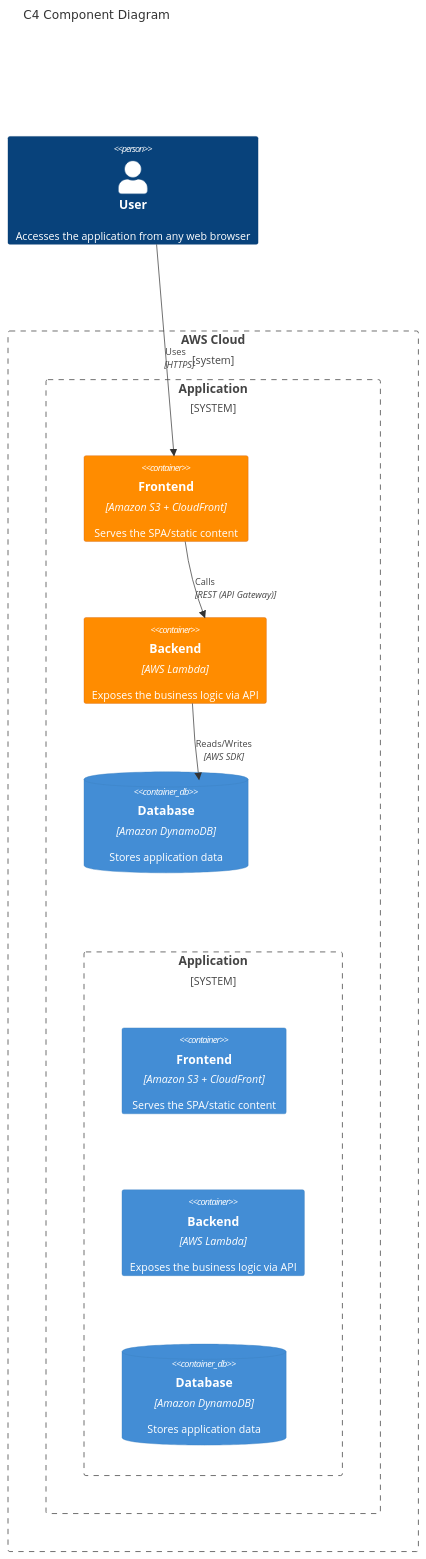
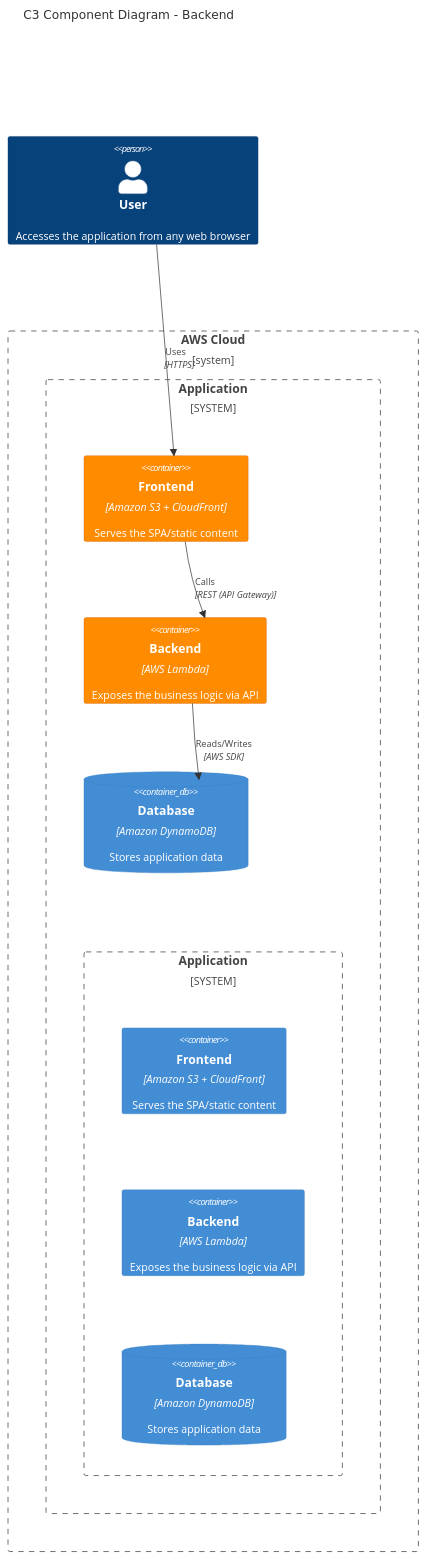
The third of 3 diagrams in README.md (git-jrm/tracker), drawn with Mermaid before and after one commit. The commit also changed other lines of this file, not shown here.

````diff
--- a/README.md
+++ b/README.md
@@ -79,22 +80,22 @@
 ```mermaid
 C4Component
-    title C4 Component Diagram
+    title C3 Component Diagram - Backend
     Person(user, "User", "Accesses the application from any web browser")
     Boundary(aws, "AWS Cloud") {
         System_Boundary(system, "Application") {
             Container(frontend, "Frontend", "Amazon S3 + CloudFront", "Serves the SPA/static content")
             Container(backend, "Backend", "AWS Lambda", "Exposes the business logic via API")
             System_Boundary(system2, "Application") {
                 Container(frontend2, "Frontend", "Amazon S3 + CloudFront", "Serves the SPA/static content")
                 Container(backen2d, "Backend", "AWS Lambda", "Exposes the business logic via API")
                 ContainerDb(d2b, "Database", "Amazon DynamoDB", "Stores application data")
             }
             ContainerDb(db, "Database", "Amazon DynamoDB", "Stores application data")
         }
     }
     Rel(user, frontend, "Uses", "HTTPS")
     Rel(frontend, backend, "Calls", "REST (API Gateway)")
     Rel(backend, db, "Reads/Writes", "AWS SDK")
     UpdateElementStyle(frontend, $bgColor="darkorange", $borderColor="chocolate", $fontColor="white")
     UpdateElementStyle(backend, $bgColor="darkorange", $borderColor="chocolate", $fontColor="white")
 ```
````
